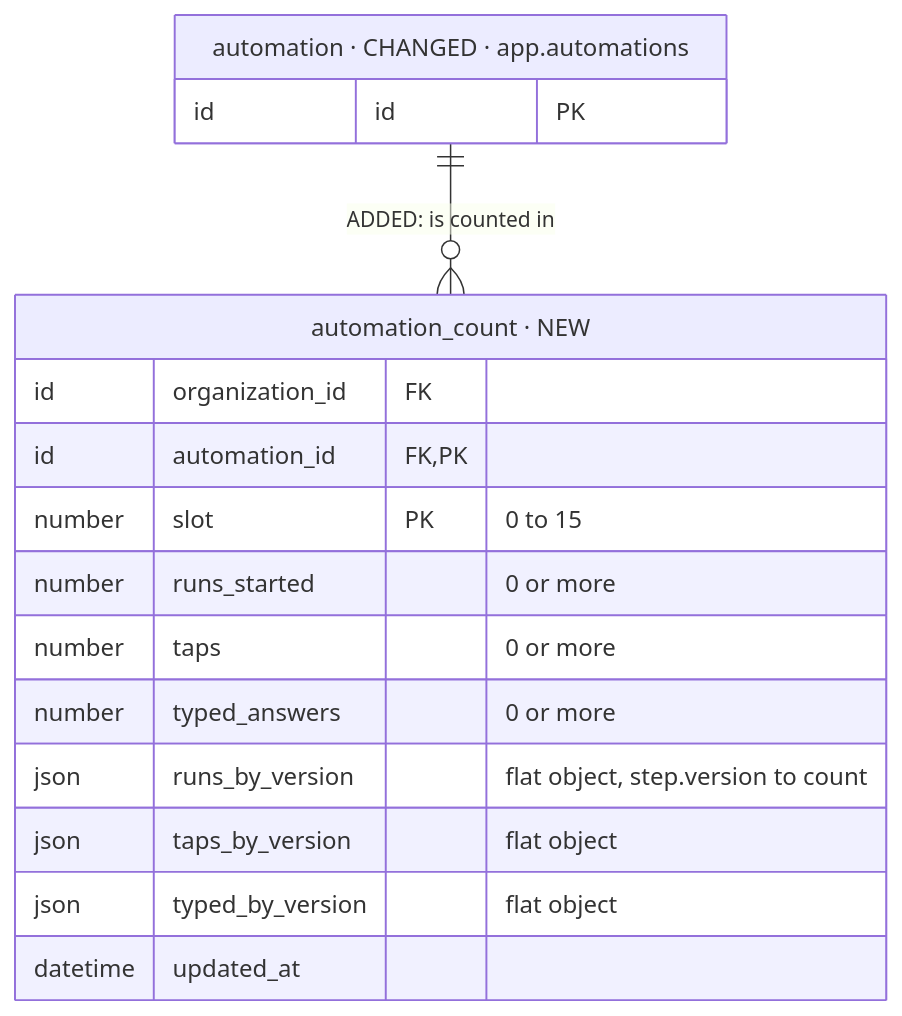
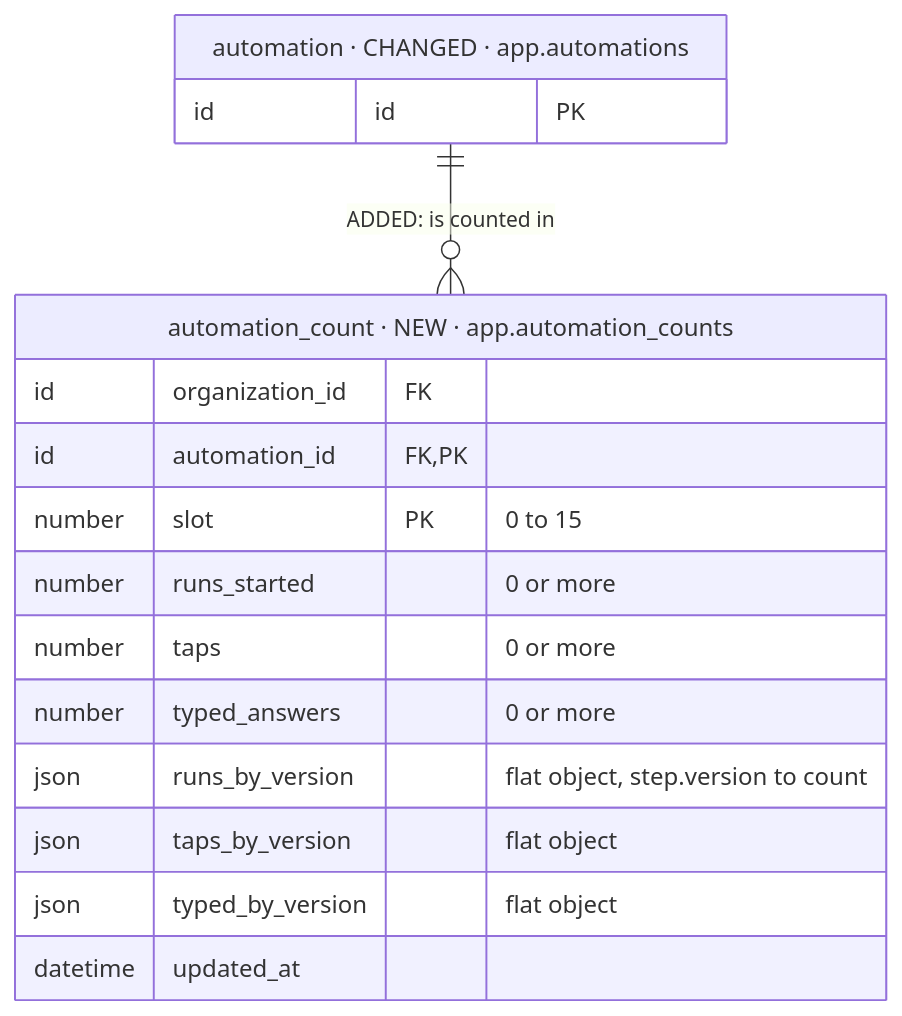
One commit to albetrios/meepzo-be changed diagram 11 of 39 in iterations/feat-instagram-dm-sending-2026-11-23-oxak/plans/db-changes.md. Above: the diagram before and after it, drawn with Mermaid. The commit also changed other lines of this file and 3 other files, not shown here.

````diff
--- a/iterations/feat-instagram-dm-sending-2026-11-23-oxak/plans/db-changes.md
+++ b/iterations/feat-instagram-dm-sending-2026-11-23-oxak/plans/db-changes.md
@@ -577,19 +581,19 @@
 ```mermaid
 erDiagram
-  automation_count["automation_count · NEW"] {
+  automation_count["automation_count · NEW · app.automation_counts"] {
     id organization_id FK
     id automation_id FK, PK
     number slot PK "0 to 15"
     number runs_started "0 or more"
     number taps "0 or more"
     number typed_answers "0 or more"
     json runs_by_version "flat object, step.version to count"
     json taps_by_version "flat object"
     json typed_by_version "flat object"
     datetime updated_at
   }
   automation["automation · CHANGED · app.automations"] {
     id id PK
   }
   automation ||--o{ automation_count : "ADDED: is counted in"
 ```
````
